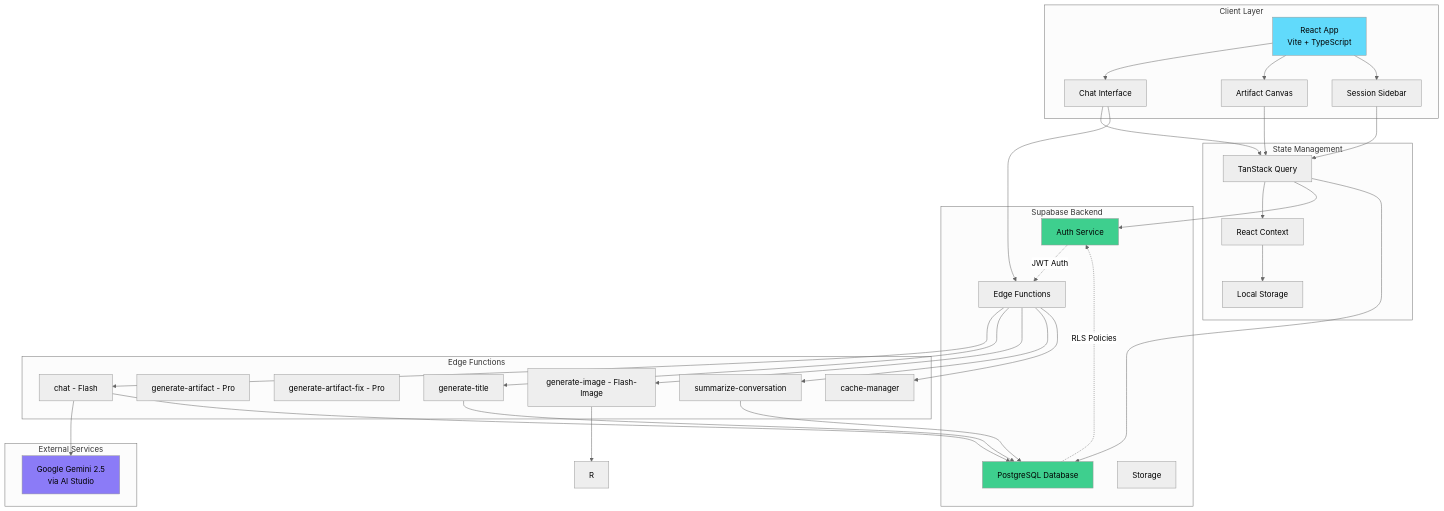
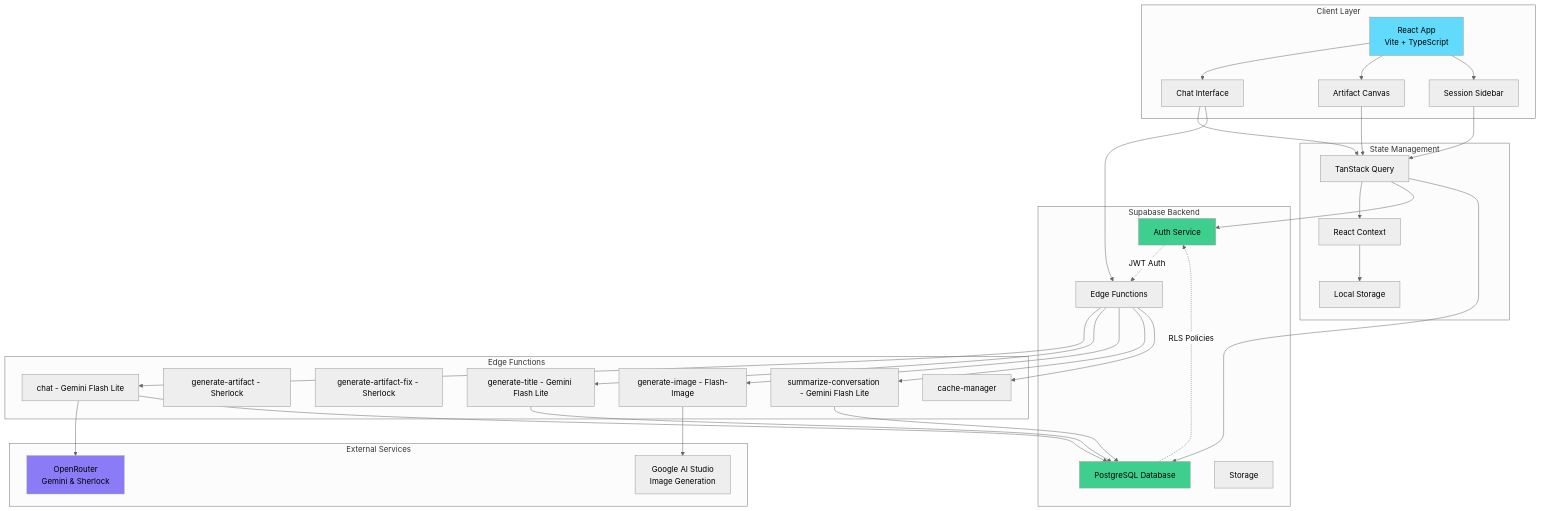
Before and after one commit to NickB03/vana: the first of 5 diagrams in README.md, drawn with Mermaid (neutral theme). The commit also changed other lines of this file and 8 other files, not shown here.

````diff
--- a/README.md
+++ b/README.md
@@ -212,69 +216,70 @@
 ```mermaid
 graph TB
     subgraph "Client Layer"
         A[React App<br/>Vite + TypeScript]
         B[Chat Interface]
         C[Artifact Canvas]
         D[Session Sidebar]
     end
 
     subgraph "State Management"
         E[TanStack Query]
         F[React Context]
         G[Local Storage]
     end
 
     subgraph "Supabase Backend"
         H[PostgreSQL Database]
         I[Auth Service]
         J[Edge Functions]
         K[Storage]
     end
 
     subgraph "Edge Functions"
-        L[chat - Flash]
-        LA[generate-artifact - Pro]
-        LB[generate-artifact-fix - Pro]
-        M[generate-title]
+        L[chat - Gemini Flash Lite]
+        LA[generate-artifact - Sherlock]
+        LB[generate-artifact-fix - Sherlock]
+        M[generate-title - Gemini Flash Lite]
         N[generate-image - Flash-Image]
-        O[summarize-conversation]
+        O[summarize-conversation - Gemini Flash Lite]
         P[cache-manager]
     end
 
     subgraph "External Services"
-        Q[Google Gemini 2.5<br/>via AI Studio]
+        Q[OpenRouter<br/>Gemini & Sherlock]
+        R[Google AI Studio<br/>Image Generation]
     end
 
     A --> B
     A --> C
     A --> D
     B --> E
     C --> E
     D --> E
     E --> F
     F --> G
 
     E --> I
     E --> H
     B --> J
 
     J --> L
     J --> M
     J --> N
     J --> O
     J --> P
 
     L --> Q
     N --> R
     L --> H
     M --> H
     O --> H
 
     I -.JWT Auth.-> J
     H -.RLS Policies.-> I
 
     style A fill:#61dafb
     style H fill:#3ecf8e
     style Q fill:#8B7BF7
     style I fill:#3ecf8e
 ```
````
